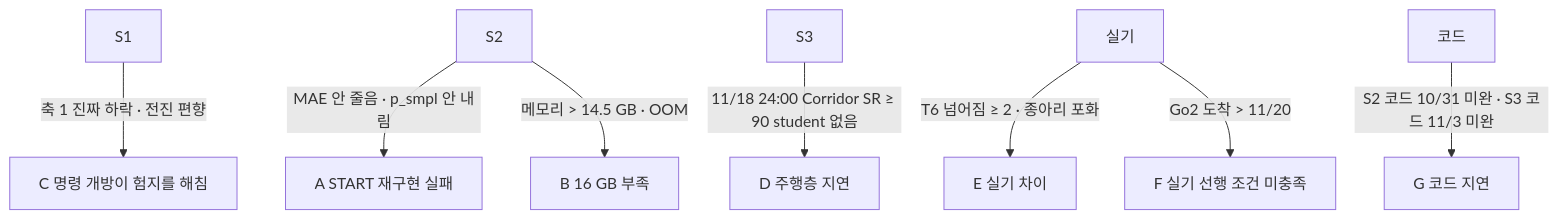
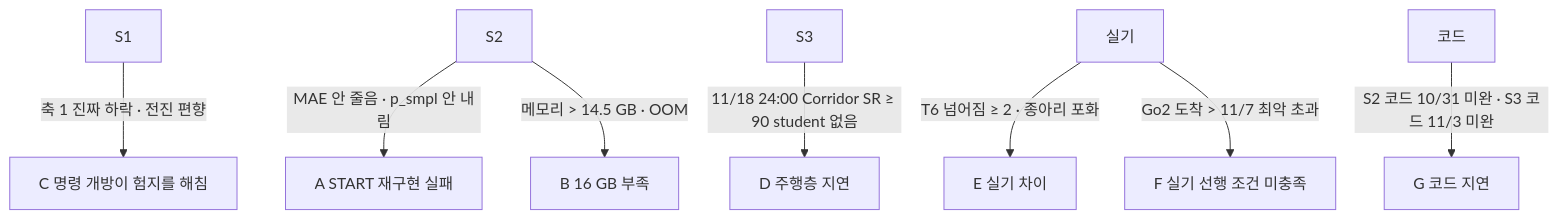
One commit to foothold-project/foothold-lab changed the diagram in inbox/jay/20261019-design/60-SCENARIOS.md. Above: the diagram before and after it, drawn with Mermaid. The commit also changed other lines of this file and 23 other files, not shown here.

````diff
--- a/inbox/jay/20261019-design/60-SCENARIOS.md
+++ b/inbox/jay/20261019-design/60-SCENARIOS.md
@@ -15,10 +15,10 @@
 ```mermaid
 flowchart TB
   S1[S1] -->|축 1 진짜 하락 · 전진 편향| C[C 명령 개방이 험지를 해침]
   S2[S2] -->|MAE 안 줄음 · p_smpl 안 내림| A[A START 재구현 실패]
   S2 -->|메모리 > 14.5 GB · OOM| B[B 16 GB 부족]
   S3[S3] -->|11/18 24:00 Corridor SR ≥ 90 student 없음| D[D 주행층 지연]
   R[실기] -->|T6 넘어짐 ≥ 2 · 종아리 포화| E[E 실기 차이]
-  R -->|Go2 도착 > 11/20| F[F 실기 선행 조건 미충족]
+  R -->|Go2 도착 > 11/7 최악 초과| F[F 실기 선행 조건 미충족]
   CODE[코드] -->|S2 코드 10/31 미완 · S3 코드 11/3 미완| G[G 코드 지연]
 ```
````
